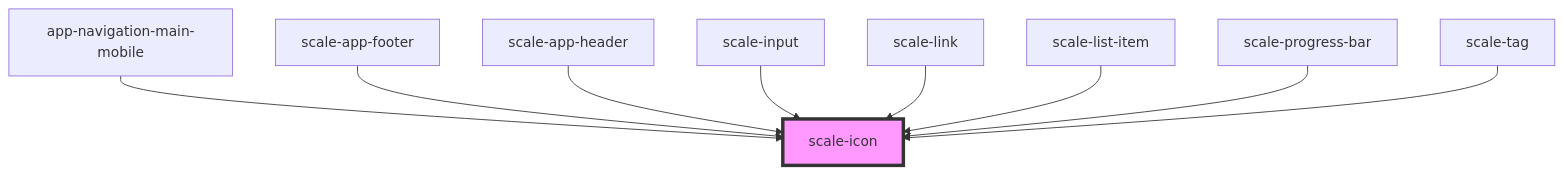
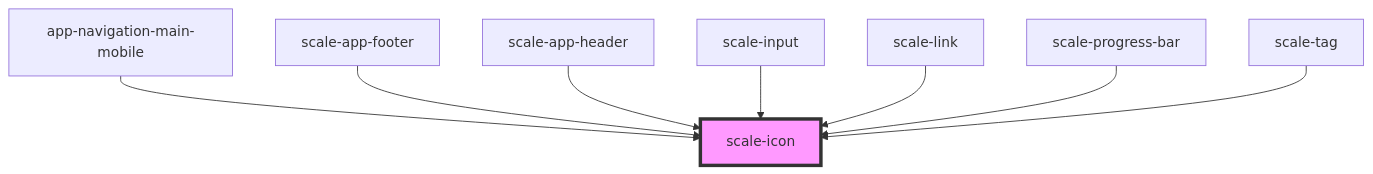
One commit to gaurishkamat/scale changed the diagram in packages/components/src/components/icon/readme.md. Above: the diagram before and after it, drawn with Mermaid. The commit also changed other lines of this file and 4 other files, not shown here.

````diff
--- a/packages/components/src/components/icon/readme.md
+++ b/packages/components/src/components/icon/readme.md
@@ -38,12 +37,11 @@
 ```mermaid
 graph TD;
   app-navigation-main-mobile --> scale-icon
   scale-app-footer --> scale-icon
   scale-app-header --> scale-icon
   scale-input --> scale-icon
   scale-link --> scale-icon
-  scale-list-item --> scale-icon
   scale-progress-bar --> scale-icon
   scale-tag --> scale-icon
   style scale-icon fill:#f9f,stroke:#333,stroke-width:4px
 ```
````
